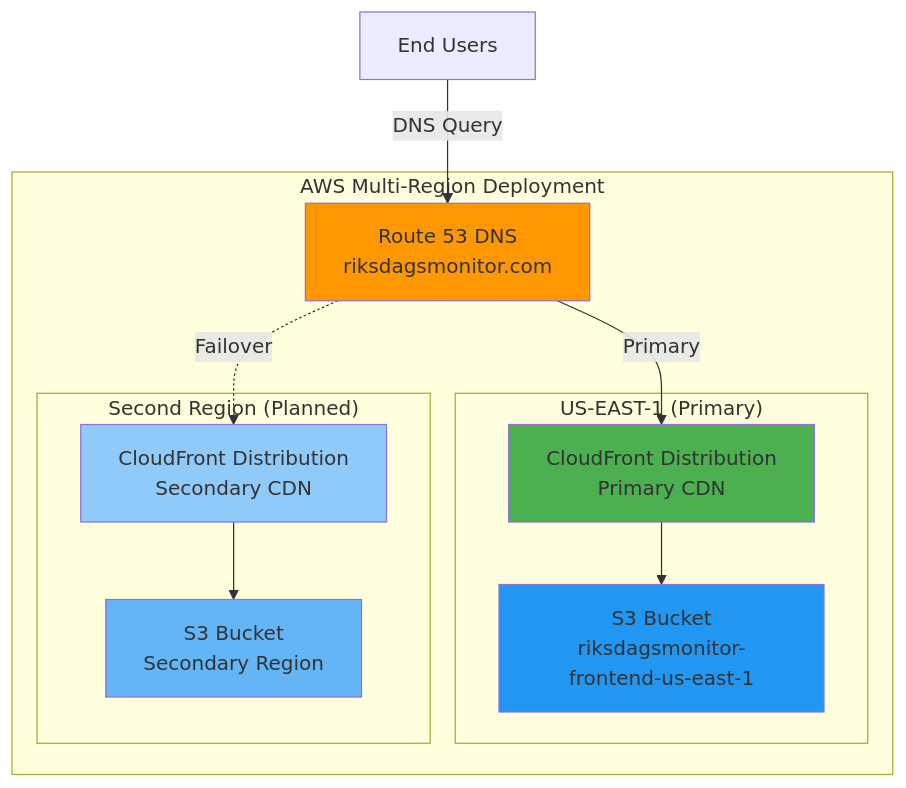
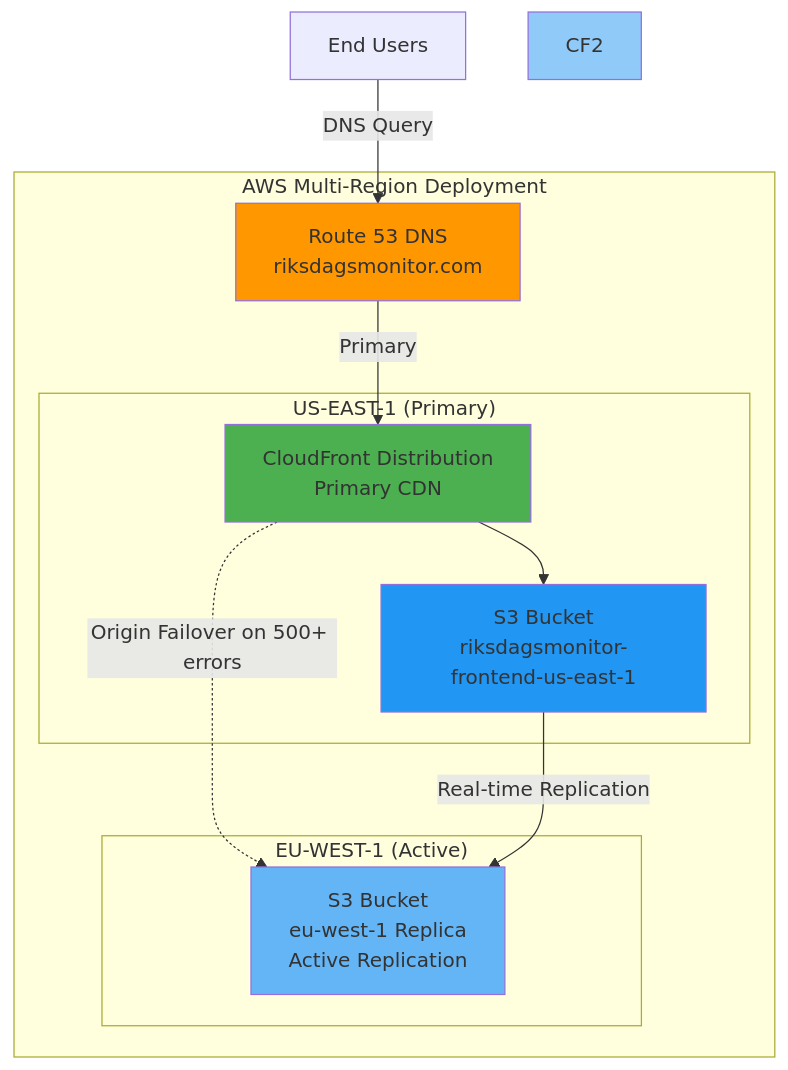
Before and after one commit to Hack23/riksdagsmonitor: the first of 2 diagrams in BCPPlan.md, drawn with Mermaid. The commit also changed other lines of this file and 3 other files, not shown here.

Commit message:
Update documentation for multi-region S3 replication (us-east-1 → eu-west-1) and CloudFront origin failover

````diff
--- a/BCPPlan.md
+++ b/BCPPlan.md
@@ -21,28 +21,27 @@
 ```mermaid
 graph TB
     subgraph "AWS Multi-Region Deployment"
         Route53[Route 53 DNS<br/>riksdagsmonitor.com]
         
         subgraph "US-EAST-1 (Primary)"
             CF1[CloudFront Distribution<br/>Primary CDN]
             S31[S3 Bucket<br/>riksdagsmonitor-frontend-us-east-1]
         end
         
-        subgraph "Second Region (Planned)"
-            CF2[CloudFront Distribution<br/>Secondary CDN]
-            S32[S3 Bucket<br/>Secondary Region]
+        subgraph "EU-WEST-1 (Active)"
+            S32[S3 Bucket<br/>eu-west-1 Replica<br/>Active Replication]
         end
     end
     
     User[End Users] -->|DNS Query| Route53
     Route53 -->|Primary| CF1
-    Route53 -.->|Failover| CF2
     CF1 --> S31
-    CF2 --> S32
+    CF1 -.->|Origin Failover on 500+ errors| S32
+    S31 -->|Real-time Replication| S32
     
     style Route53 fill:#ff9800
     style CF1 fill:#4caf50
     style S31 fill:#2196f3
     style CF2 fill:#90caf9
     style S32 fill:#64b5f6
 ```
````
